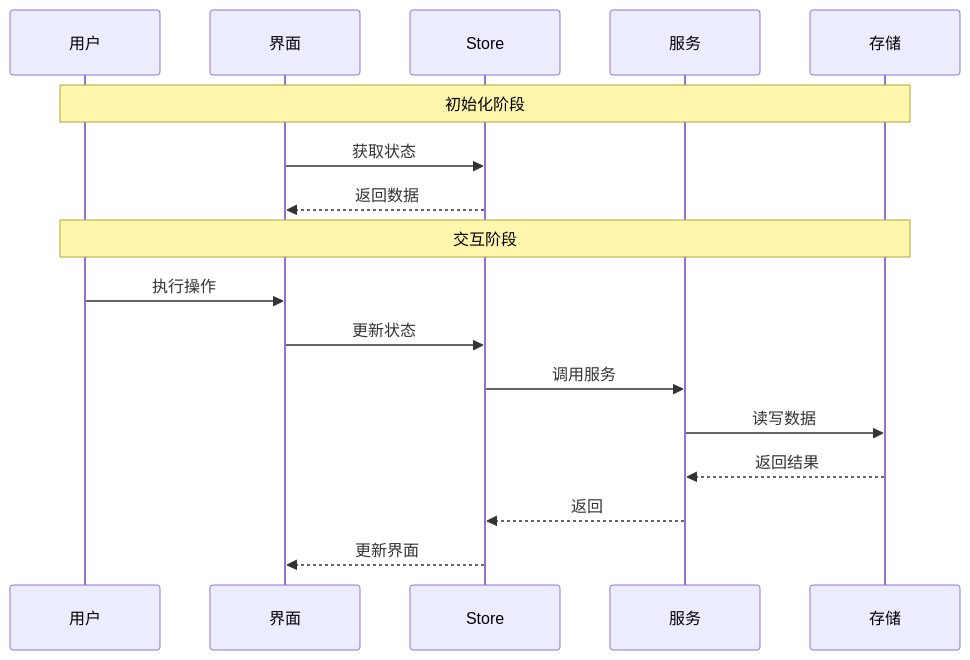
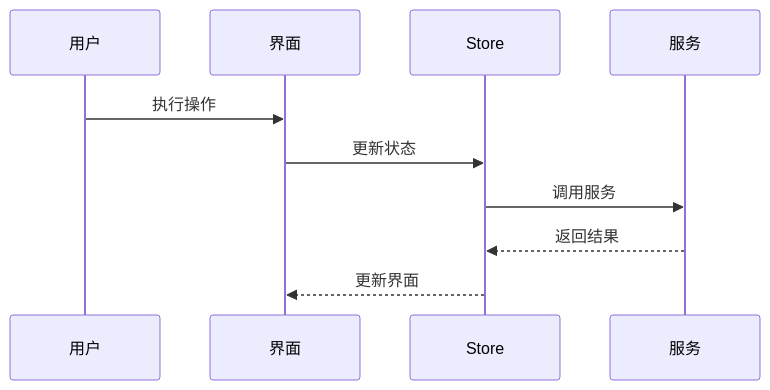
The fourth of 4 diagrams in skills/generate-document/templates/需求任务.md (effiy/YrY), drawn with Mermaid before and after one commit. The commit also changed other lines of this file and 126 other files, not shown here.

````diff
--- a/skills/generate-document/templates/需求任务.md
+++ b/skills/generate-document/templates/需求任务.md
@@ -86,21 +65,13 @@
 ```mermaid
 sequenceDiagram
     participant User as 用户
     participant UI as 界面
     participant Store as Store
     participant Service as 服务
-    participant Storage as 存储
 
-    Note over User,Storage: 初始化阶段
-    UI->>Store: 获取状态
-    Store-->>UI: 返回数据
-
-    Note over User,Storage: 交互阶段
     User->>UI: 执行操作
     UI->>Store: 更新状态
     Store->>Service: 调用服务
-    Service->>Storage: 读写数据
-    Storage-->>Service: 返回结果
-    Service-->>Store: 返回
+    Service-->>Store: 返回结果
     Store-->>UI: 更新界面
 ```
````
